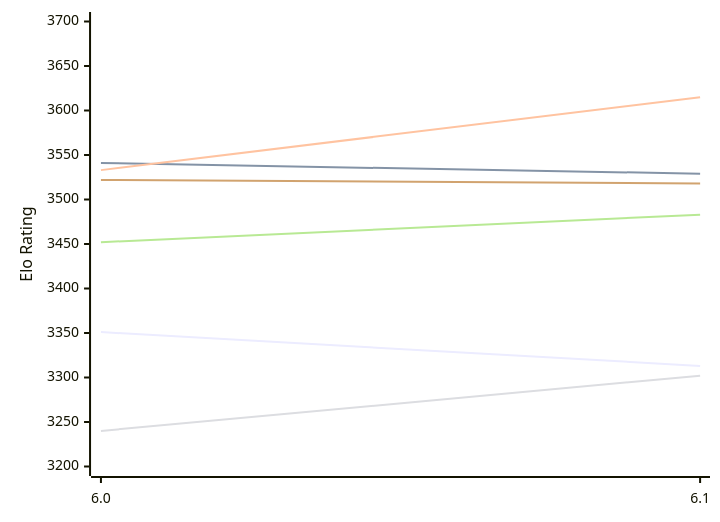
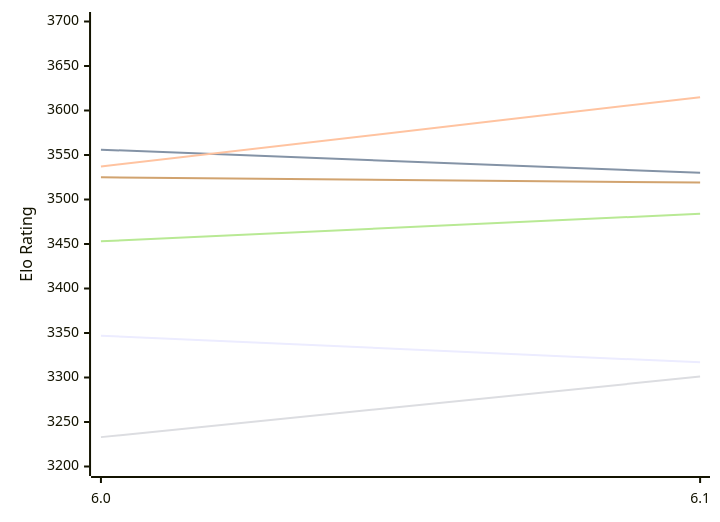
Before and after one commit to computer-chess-index/cci: the first of 2 diagrams in engines/Starzix.md, drawn with Mermaid. The commit also changed other lines of this file, not shown here.

Commit message:
Update CCI Ratings (ELO VLTC) - 2026-11-17

````diff
--- a/engines/Starzix.md
+++ b/engines/Starzix.md
@@ -51,12 +51,12 @@
 ```mermaid
 %%{init: {"theme":"base","themeVariables":{"seriesColors:['#a3a3a3','#222221','#faa371']}}}%%
 xychart-beta
   x-axis ["6.0", "6.1"]
   y-axis "Elo Rating" 3200 --> 3700
-  line "E1: STC (8.0+0.08s)" [3351, 3313]
-  line "E1: LTC (60.0+0.60s)" [3541, 3529]
-  line "E1: VLTC (2m24s+1.12s)" [3533, 3615]
-  line "P1: STC (8.0+0.08s)" [3240, 3302]
-  line "P1: LTC (60.0+0.60s)" [3452, 3483]
-  line "P1: VLTC (2m24s+1.12s)" [3522, 3518]
+  line "E1: STC (8.0+0.08s)" [3347, 3317]
+  line "E1: LTC (60.0+0.60s)" [3556, 3530]
+  line "E1: VLTC (2m24s+1.12s)" [3537, 3615]
+  line "P1: STC (8.0+0.08s)" [3233, 3301]
+  line "P1: LTC (60.0+0.60s)" [3453, 3484]
+  line "P1: VLTC (2m24s+1.12s)" [3525, 3519]
 ```
````
